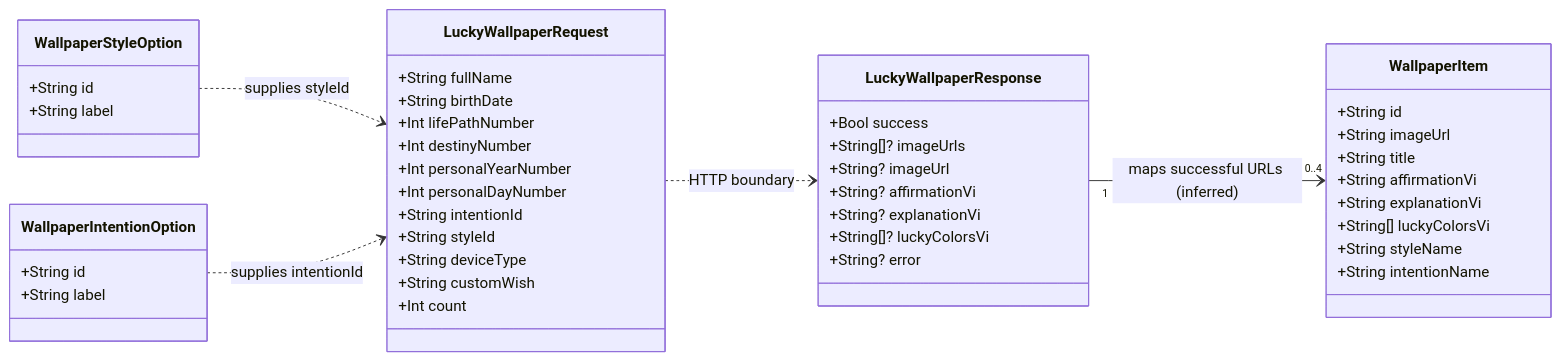
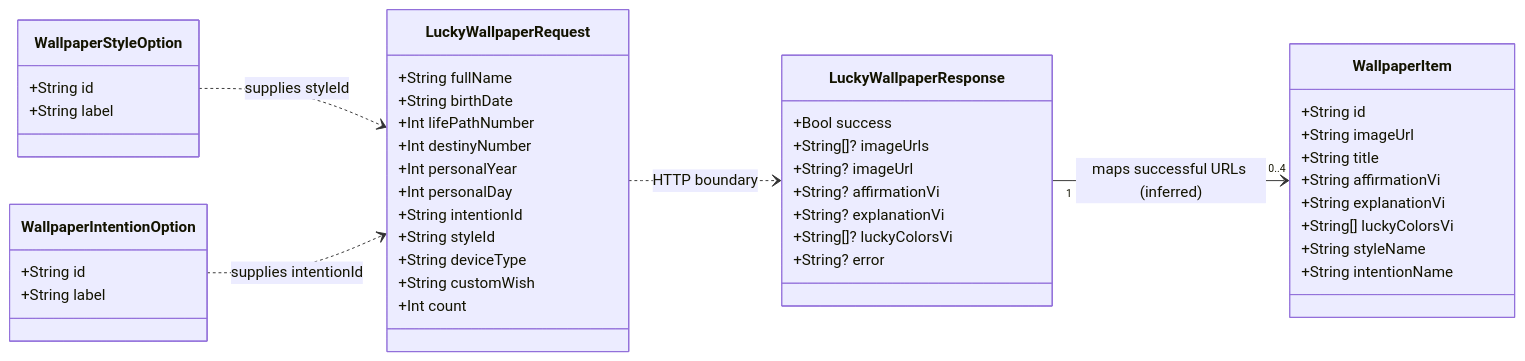
The sixth of 10 diagrams in migration/inventory/models/CLASS_DIAGRAMS.md (concop19/numelyr_app_ios), drawn with Mermaid before and after one commit. The commit also changed 1075 other files, not shown here.

````diff
--- a/migration/inventory/models/CLASS_DIAGRAMS.md
+++ b/migration/inventory/models/CLASS_DIAGRAMS.md
@@ -320,49 +320,49 @@
 ```mermaid
 classDiagram
     direction LR
     class LuckyWallpaperRequest {
         +String fullName
         +String birthDate
         +Int lifePathNumber
         +Int destinyNumber
-        +Int personalYearNumber
-        +Int personalDayNumber
+        +Int personalYear
+        +Int personalDay
         +String intentionId
         +String styleId
         +String deviceType
         +String customWish
         +Int count
     }
     class LuckyWallpaperResponse {
         +Bool success
         +String[]? imageUrls
         +String? imageUrl
         +String? affirmationVi
         +String? explanationVi
         +String[]? luckyColorsVi
         +String? error
     }
     class WallpaperItem {
         +String id
         +String imageUrl
         +String title
         +String affirmationVi
         +String explanationVi
         +String[] luckyColorsVi
         +String styleName
         +String intentionName
     }
     class WallpaperStyleOption {
         +String id
         +String label
     }
     class WallpaperIntentionOption {
         +String id
         +String label
     }
 
     LuckyWallpaperRequest ..> LuckyWallpaperResponse : HTTP boundary
     LuckyWallpaperResponse "1" --> "0..4" WallpaperItem : maps successful URLs (inferred)
     WallpaperStyleOption ..> LuckyWallpaperRequest : supplies styleId
     WallpaperIntentionOption ..> LuckyWallpaperRequest : supplies intentionId
 ```
````
